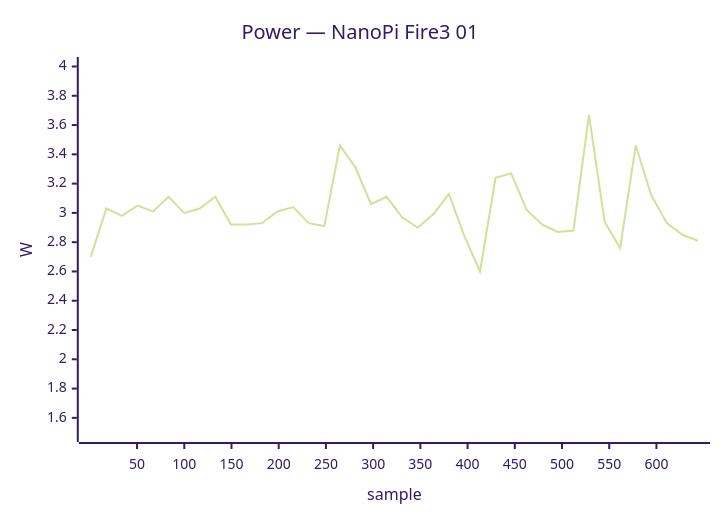
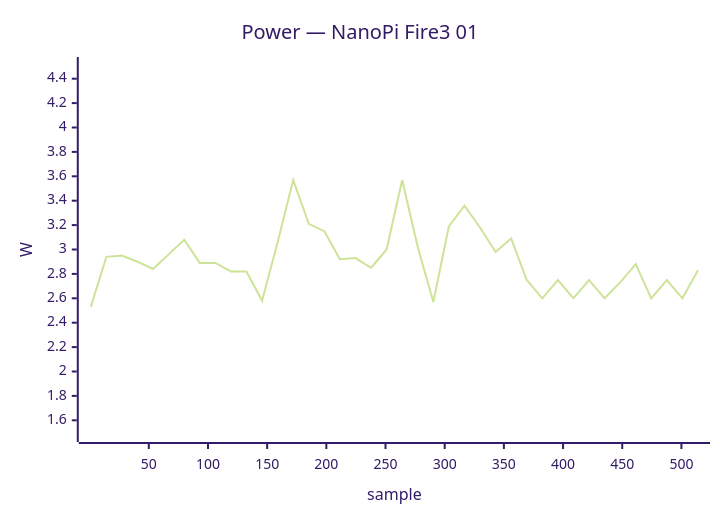
One commit to armbian/documentation changed diagram 18 of 40 in docs/status/board-tests.md. Above: the diagram before and after it, drawn with Mermaid (forest theme). The commit also changed other lines of this file, not shown here.

````diff
--- a/docs/status/board-tests.md
+++ b/docs/status/board-tests.md
@@ -843,7 +830,7 @@
 ```mermaid
 xychart-beta
     title "Power — NanoPi Fire3 01"
-    x-axis "sample" 1 --> 644
-    y-axis "W" 1.5 --> 4.0
-    line [2.70, 3.03, 2.98, 3.05, 3.01, 3.11, 3.00, 3.03, 3.11, 2.92, 2.92, 2.93, 3.01, 3.04, 2.93, 2.91, 3.46, 3.31, 3.06, 3.11, 2.97, 2.90, 2.99, 3.13, 2.84, 2.60, 3.24, 3.27, 3.02, 2.92, 2.87, 2.88, 3.67, 2.94, 2.76, 3.46, 3.12, 2.93, 2.85, 2.81]
+    x-axis "sample" 1 --> 514
+    y-axis "W" 1.5 --> 4.5
+    line [2.53, 2.94, 2.95, 2.90, 2.84, 2.96, 3.08, 2.89, 2.89, 2.82, 2.82, 2.58, 3.06, 3.57, 3.21, 3.15, 2.92, 2.93, 2.85, 3.00, 3.57, 3.02, 2.57, 3.19, 3.36, 3.18, 2.98, 3.09, 2.75, 2.60, 2.75, 2.60, 2.75, 2.60, 2.73, 2.88, 2.60, 2.75, 2.60, 2.83]
 ```
````
